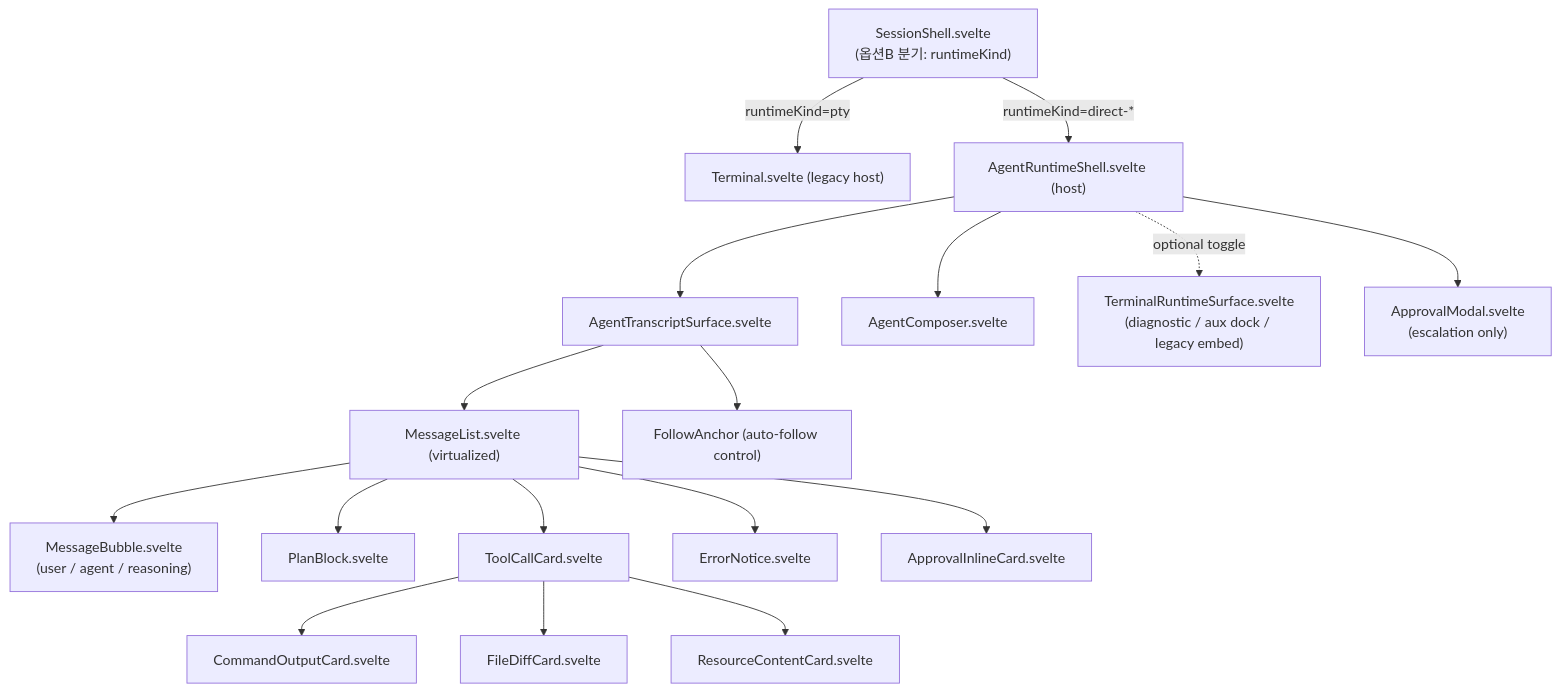
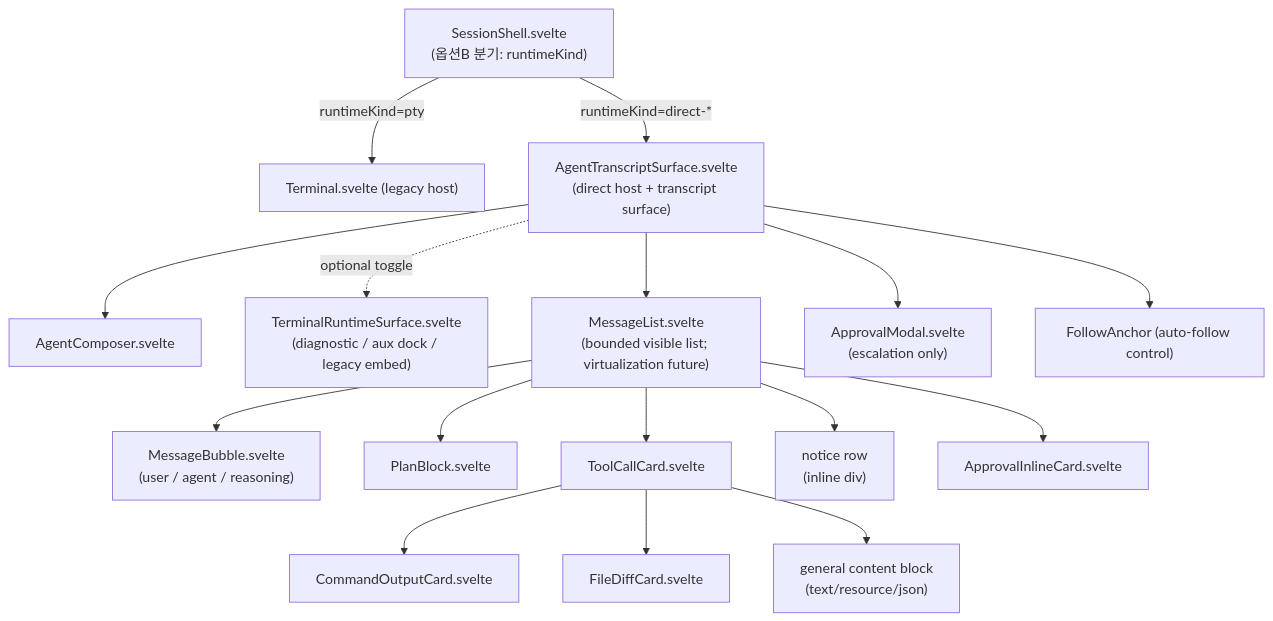
One commit to ummoftgo/clcomx changed the diagram in docs/plans/agent-direct-runtime/08-ui-composition.md. Above: the diagram before and after it, drawn with Mermaid. The commit also changed other lines of this file and 187 other files, not shown here.

First line of the commit message:
chore(agent-runtime): OQ-16 실행 전 WIP 스냅샷(클린 베이스)

````diff
--- a/docs/plans/agent-direct-runtime/08-ui-composition.md
+++ b/docs/plans/agent-direct-runtime/08-ui-composition.md
@@ -51,23 +51,22 @@
 ```mermaid
 graph TD
   SS["SessionShell.svelte<br/>(옵션B 분기: runtimeKind)"] -->|runtimeKind=pty| TERM["Terminal.svelte (legacy host)"]
-  SS -->|runtimeKind=direct-*| ARS["AgentRuntimeShell.svelte (host)"]
+  SS -->|runtimeKind=direct-*| ATS["AgentTranscriptSurface.svelte<br/>(direct host + transcript surface)"]
 
-  ARS --> ATS["AgentTranscriptSurface.svelte"]
-  ARS --> AC["AgentComposer.svelte"]
-  ARS -.optional toggle.-> TRS["TerminalRuntimeSurface.svelte<br/>(diagnostic / aux dock / legacy embed)"]
+  ATS --> AC["AgentComposer.svelte"]
+  ATS -.optional toggle.-> TRS["TerminalRuntimeSurface.svelte<br/>(diagnostic / aux dock / legacy embed)"]
 
-  ATS --> ML["MessageList.svelte (virtualized)"]
+  ATS --> ML["MessageList.svelte<br/>(bounded visible list; virtualization future)"]
   ML --> MB["MessageBubble.svelte<br/>(user / agent / reasoning)"]
   ML --> PB["PlanBlock.svelte"]
   ML --> TCC["ToolCallCard.svelte"]
-  ML --> EN["ErrorNotice.svelte"]
+  ML --> NT["notice row<br/>(inline div)"]
   ML --> AMI["ApprovalInlineCard.svelte"]
 
   TCC --> COC["CommandOutputCard.svelte"]
   TCC --> FDC["FileDiffCard.svelte"]
-  TCC --> RC["ResourceContentCard.svelte"]
+  TCC --> GC["general content block<br/>(text/resource/json)"]
 
-  ARS --> AMODAL["ApprovalModal.svelte<br/>(escalation only)"]
+  ATS --> AMODAL["ApprovalModal.svelte<br/>(escalation only)"]
   ATS --> FOLLOW["FollowAnchor (auto-follow control)"]
 ```
````
